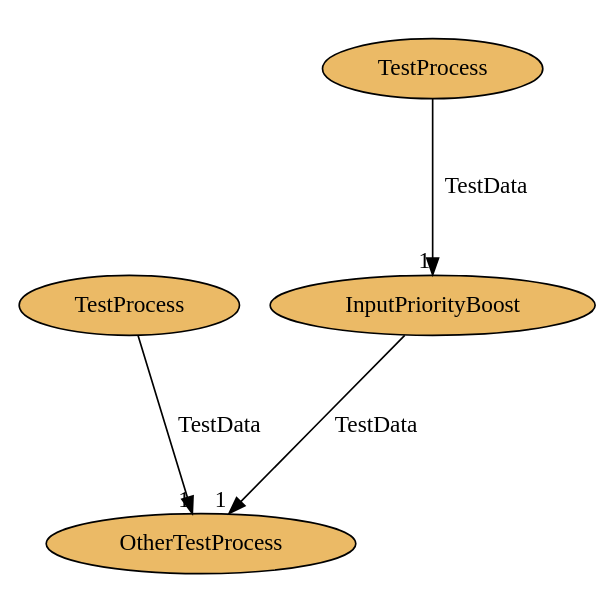
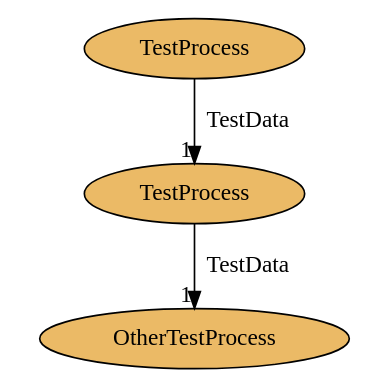
The diagram in py/byronimotest/byronimo/automation/workflows/multiinput.dot (adamcobabe/mrv), drawn with Graphviz before and after one commit. The commit also changed 10 other files, not shown here.

```diff
--- a/py/byronimotest/byronimo/automation/workflows/multiinput.dot
+++ b/py/byronimotest/byronimo/automation/workflows/multiinput.dot
@@ -1,12 +1,9 @@
 digraph test {
 ratio=1.0
 node [style=filled]
-"InputPriorityBoost" [fillcolor="#ebba66",label="InputPriorityBoost",toplabel="1.25"];
 "TestProcessi1" [fillcolor="#ebba66",label="TestProcess"];
 "TestProcessi2" [fillcolor="#ebba66",label="TestProcess"];
 "TestProcessTarget" [fillcolor="#ebba66",label="OtherTestProcess"];
+"TestProcessi1" -> "TestProcessi2" [label="TestData",headlabel="1"];
 "TestProcessi2" -> "TestProcessTarget" [label="TestData",headlabel="1"];
-"TestProcessi1" -> "InputPriorityBoost" [label="TestData",headlabel="1"];
-"InputPriorityBoost" -> "TestProcessTarget" [label="TestData",headlabel="1"];
-
 }
```
